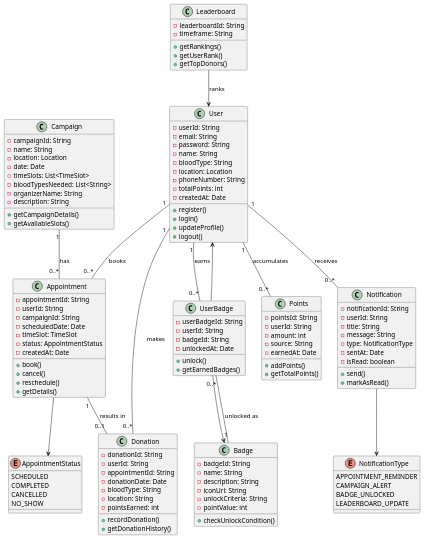
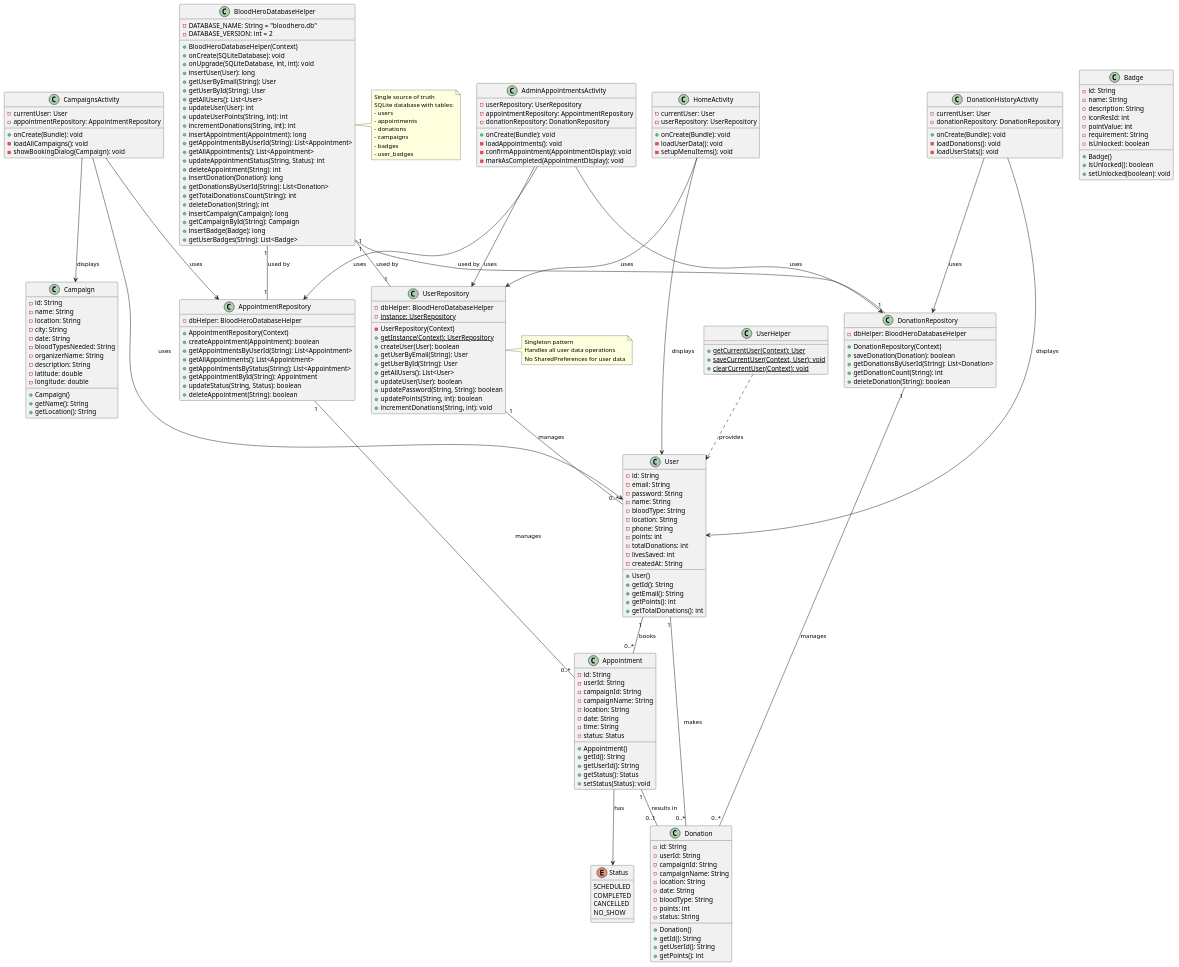
One commit to Ayaindeed/BloodHero changed the diagram in Assets/class_diagram.puml. Above: the diagram before and after it, drawn with PlantUML. The commit also changed other lines of this file and 78 other files, not shown here.

```diff
--- a/Assets/class_diagram.puml
+++ b/Assets/class_diagram.puml
@@ -1,49 +1,58 @@
-@startuml DonorFlow Class Diagram
+@startuml BloodHero Class Diagram - SQLite Architecture
 
+' Data Models
 class User {
-  - userId: String
+  - id: String
   - email: String
   - password: String
   - name: String
   - bloodType: String
-  - location: Location
-  - phoneNumber: String
-  - totalPoints: int
-  - createdAt: Date
-  + register()
-  + login()
-  + updateProfile()
-  + logout()
+  - location: String
+  - phone: String
+  - points: int
+  - totalDonations: int
+  - livesSaved: int
+  - createdAt: String
+  + User()
+  + getId(): String
+  + getEmail(): String
+  + getPoints(): int
+  + getTotalDonations(): int
 }
 
 class Campaign {
-  - campaignId: String
+  - id: String
   - name: String
-  - location: Location
-  - date: Date
-  - timeSlots: List<TimeSlot>
-  - bloodTypesNeeded: List<String>
+  - location: String
+  - city: String
+  - date: String
+  - bloodTypesNeeded: String
   - organizerName: String
   - description: String
-  + getCampaignDetails()
-  + getAvailableSlots()
+  - latitude: double
+  - longitude: double
+  + Campaign()
+  + getName(): String
+  + getLocation(): String
 }
 
 class Appointment {
-  - appointmentId: String
+  - id: String
   - userId: String
   - campaignId: String
-  - scheduledDate: Date
-  - timeSlot: TimeSlot
-  - status: AppointmentStatus
-  - createdAt: Date
-  + book()
-  + cancel()
-  + reschedule()
-  + getDetails()
+  - campaignName: String
+  - location: String
+  - date: String
+  - time: String
+  - status: Status
+  + Appointment()
+  + getId(): String
+  + getUserId(): String
+  + getStatus(): Status
+  + setStatus(Status): void
 }
 
-enum AppointmentStatus {
+enum Status {
   SCHEDULED
   COMPLETED
   CANCELLED
@@ -51,89 +60,191 @@
 }
 
 class Donation {
-  - donationId: String
+  - id: String
   - userId: String
-  - appointmentId: String
-  - donationDate: Date
+  - campaignId: String
+  - campaignName: String
+  - location: String
+  - date: String
   - bloodType: String
-  - location: String
-  - pointsEarned: int
-  + recordDonation()
-  + getDonationHistory()
+  - points: int
+  - status: String
+  + Donation()
+  + getId(): String
+  + getUserId(): String
+  + getPoints(): int
 }
 
 class Badge {
-  - badgeId: String
+  - id: String
   - name: String
   - description: String
-  - iconUrl: String
-  - unlockCriteria: String
+  - iconResId: int
   - pointValue: int
-  + checkUnlockCondition()
+  - requirement: String
+  - isUnlocked: boolean
+  + Badge()
+  + isUnlocked(): boolean
+  + setUnlocked(boolean): void
 }
 
-class UserBadge {
-  - userBadgeId: String
-  - userId: String
-  - badgeId: String
-  - unlockedAt: Date
-  + unlock()
-  + getEarnedBadges()
+' Database Layer
+class BloodHeroDatabaseHelper {
+  - DATABASE_NAME: String = "bloodhero.db"
+  - DATABASE_VERSION: int = 2
+  + BloodHeroDatabaseHelper(Context)
+  + onCreate(SQLiteDatabase): void
+  + onUpgrade(SQLiteDatabase, int, int): void
+  ' User CRUD
+  + insertUser(User): long
+  + getUserByEmail(String): User
+  + getUserById(String): User
+  + getAllUsers(): List<User>
+  + updateUser(User): int
+  + updateUserPoints(String, int): int
+  + incrementDonations(String, int): int
+  ' Appointment CRUD
+  + insertAppointment(Appointment): long
+  + getAppointmentsByUserId(String): List<Appointment>
+  + getAllAppointments(): List<Appointment>
+  + updateAppointmentStatus(String, Status): int
+  + deleteAppointment(String): int
+  ' Donation CRUD
+  + insertDonation(Donation): long
+  + getDonationsByUserId(String): List<Donation>
+  + getTotalDonationsCount(String): int
+  + deleteDonation(String): int
+  ' Campaign & Badge CRUD
+  + insertCampaign(Campaign): long
+  + getCampaignById(String): Campaign
+  + insertBadge(Badge): long
+  + getUserBadges(String): List<Badge>
 }
 
-class Points {
-  - pointsId: String
-  - userId: String
-  - amount: int
-  - source: String
-  - earnedAt: Date
-  + addPoints()
-  + getTotalPoints()
+' Repository Layer
+class UserRepository {
+  - dbHelper: BloodHeroDatabaseHelper
+  - {static} instance: UserRepository
+  - UserRepository(Context)
+  + {static} getInstance(Context): UserRepository
+  + createUser(User): boolean
+  + getUserByEmail(String): User
+  + getUserById(String): User
+  + getAllUsers(): List<User>
+  + updateUser(User): boolean
+  + updatePassword(String, String): boolean
+  + updatePoints(String, int): boolean
+  + incrementDonations(String, int): void
 }
 
-class Leaderboard {
-  - leaderboardId: String
-  - timeframe: String
-  + getRankings()
-  + getUserRank()
-  + getTopDonors()
+class AppointmentRepository {
+  - dbHelper: BloodHeroDatabaseHelper
+  + AppointmentRepository(Context)
+  + createAppointment(Appointment): boolean
+  + getAppointmentsByUserId(String): List<Appointment>
+  + getAllAppointments(): List<Appointment>
+  + getAppointmentsByStatus(String): List<Appointment>
+  + getAppointmentById(String): Appointment
+  + updateStatus(String, Status): boolean
+  + deleteAppointment(String): boolean
 }
 
-class Notification {
-  - notificationId: String
-  - userId: String
-  - title: String
-  - message: String
-  - type: NotificationType
-  - sentAt: Date
-  - isRead: boolean
-  + send()
-  + markAsRead()
+class DonationRepository {
+  - dbHelper: BloodHeroDatabaseHelper
+  + DonationRepository(Context)
+  + saveDonation(Donation): boolean
+  + getDonationsByUserId(String): List<Donation>
+  + getDonationCount(String): int
+  + deleteDonation(String): boolean
 }
 
-enum NotificationType {
-  APPOINTMENT_REMINDER
-  CAMPAIGN_ALERT
-  BADGE_UNLOCKED
-  LEADERBOARD_UPDATE
+' Activities
+class HomeActivity {
+  - currentUser: User
+  - userRepository: UserRepository
+  + onCreate(Bundle): void
+  - loadUserData(): void
+  - setupMenuItems(): void
+}
+
+class CampaignsActivity {
+  - currentUser: User
+  - appointmentRepository: AppointmentRepository
+  + onCreate(Bundle): void
+  - loadAllCampaigns(): void
+  - showBookingDialog(Campaign): void
+}
+
+class AdminAppointmentsActivity {
+  - userRepository: UserRepository
+  - appointmentRepository: AppointmentRepository
+  - donationRepository: DonationRepository
+  + onCreate(Bundle): void
+  - loadAppointments(): void
+  - confirmAppointment(AppointmentDisplay): void
+  - markAsCompleted(AppointmentDisplay): void
+}
+
+class DonationHistoryActivity {
+  - currentUser: User
+  - donationRepository: DonationRepository
+  + onCreate(Bundle): void
+  - loadDonations(): void
+  - loadUserStats(): void
+}
+
+' Utilities
+class UserHelper {
+  + {static} getCurrentUser(Context): User
+  + {static} saveCurrentUser(Context, User): void
+  + {static} clearCurrentUser(Context): void
 }
 
 ' Relationships
 User "1" -- "0..*" Appointment : books
 User "1" -- "0..*" Donation : makes
-User "1" -- "0..*" UserBadge : earns
-User "1" -- "0..*" Points : accumulates
-User "1" -- "0..*" Notification : receives
+Appointment --> Status : has
+Appointment "1" -- "0..1" Donation : results in
 
-Campaign "1" -- "0..*" Appointment : has
-Appointment "1" -- "0..1" Donation : results in
-Appointment --> AppointmentStatus
+BloodHeroDatabaseHelper "1" -- "1" UserRepository : used by
+BloodHeroDatabaseHelper "1" -- "1" AppointmentRepository : used by
+BloodHeroDatabaseHelper "1" -- "1" DonationRepository : used by
 
-Badge "1" -- "0..*" UserBadge : unlocked as
-UserBadge --> Badge
-UserBadge --> User
+UserRepository "1" -- "0..*" User : manages
+AppointmentRepository "1" -- "0..*" Appointment : manages
+DonationRepository "1" -- "0..*" Donation : manages
 
-Notification --> NotificationType
-Leaderboard --> User : ranks
+HomeActivity --> UserRepository : uses
+HomeActivity --> User : displays
+
+CampaignsActivity --> AppointmentRepository : uses
+CampaignsActivity --> User : uses
+CampaignsActivity --> Campaign : displays
+
+AdminAppointmentsActivity --> UserRepository : uses
+AdminAppointmentsActivity --> AppointmentRepository : uses
+AdminAppointmentsActivity --> DonationRepository : uses
+
+DonationHistoryActivity --> DonationRepository : uses
+DonationHistoryActivity --> User : displays
+
+UserHelper ..> User : provides
+
+note right of BloodHeroDatabaseHelper
+  Single source of truth
+  SQLite database with tables:
+  - users
+  - appointments
+  - donations
+  - campaigns
+  - badges
+  - user_badges
+end note
+
+note right of UserRepository
+  Singleton pattern
+  Handles all user data operations
+  No SharedPreferences for user data
+end note
 
 @enduml
```
